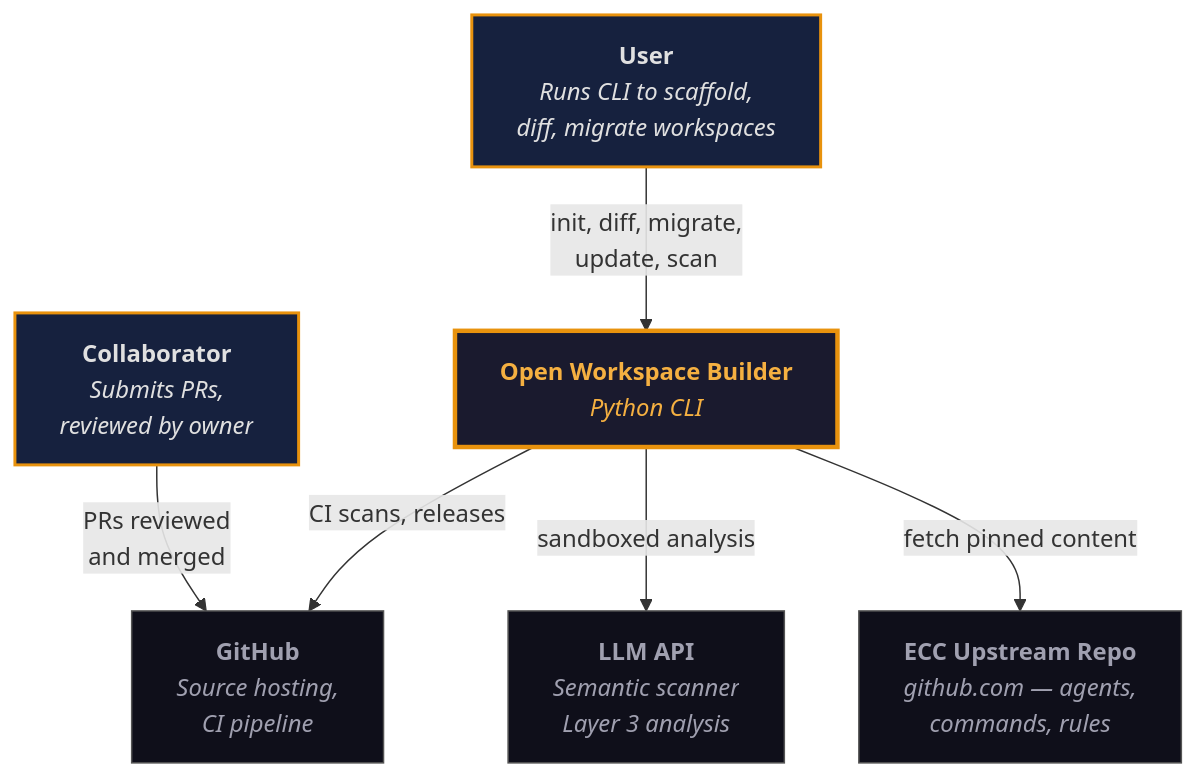
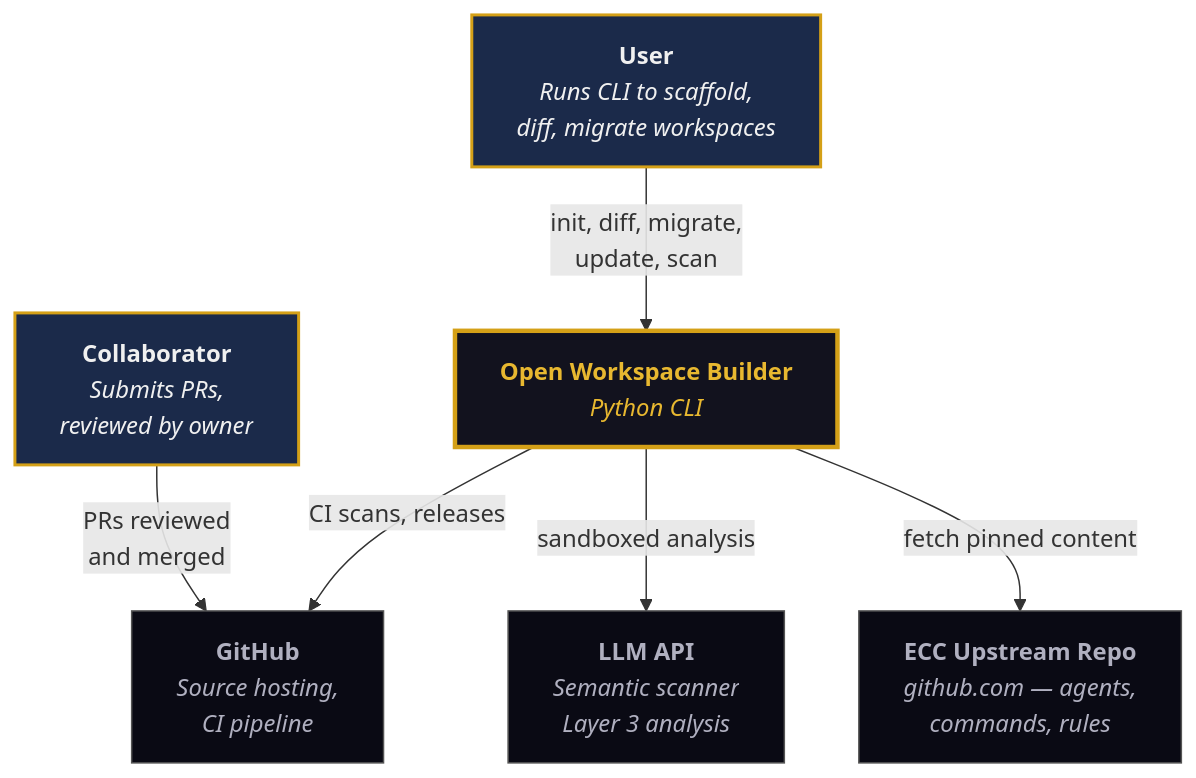
One commit to originalrgsec/open-workspace-builder changed the first of 6 diagrams in docs/adr.md. Above: the diagram before and after it, drawn with Mermaid. The commit also changed other lines of this file and 19 other files, not shown here.

````diff
--- a/docs/adr.md
+++ b/docs/adr.md
@@ -13,19 +13,19 @@
 ```mermaid
 graph TD
     User["<b>User</b><br/><i>Runs CLI to scaffold,<br/>diff, migrate workspaces</i>"]:::actor
     Collab["<b>Collaborator</b><br/><i>Submits PRs,<br/>reviewed by owner</i>"]:::actor
     OWB["<b>Open Workspace Builder</b><br/><i>Python CLI</i>"]:::system
     ECC["<b>ECC Upstream Repo</b><br/><i>github.com — agents,<br/>commands, rules</i>"]:::external
     LLM["<b>LLM API</b><br/><i>Semantic scanner<br/>Layer 3 analysis</i>"]:::external
     GH["<b>GitHub</b><br/><i>Source hosting,<br/>CI pipeline</i>"]:::external
 
     User -->|"init, diff, migrate,<br/>update, scan"| OWB
     Collab -->|"PRs reviewed<br/>and merged"| GH
     OWB -->|"fetch pinned content"| ECC
     OWB -->|"sandboxed analysis"| LLM
     OWB -->|"CI scans, releases"| GH
 
-    classDef actor fill:#16213E,color:#E0E0E0,stroke:#E8920D,stroke-width:2px
-    classDef system fill:#1A1A2E,color:#F5B041,stroke:#E8920D,stroke-width:3px
-    classDef external fill:#0F0F1A,color:#A0A0B0,stroke:#555,stroke-width:1px
+    classDef actor fill:#1B2A4A,color:#F0F0F0,stroke:#D4A017,stroke-width:2px
+    classDef system fill:#12121E,color:#E8B830,stroke:#D4A017,stroke-width:3px
+    classDef external fill:#0A0A14,color:#B0B0C0,stroke:#555,stroke-width:1px
 ```
````
